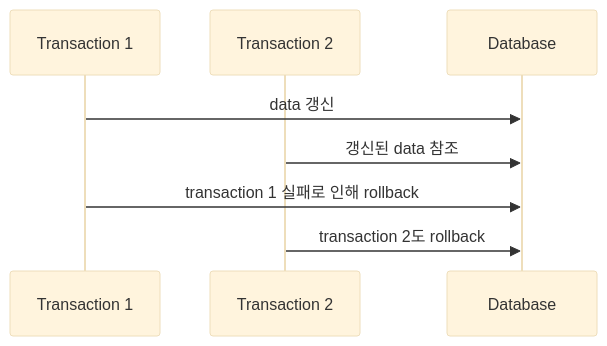
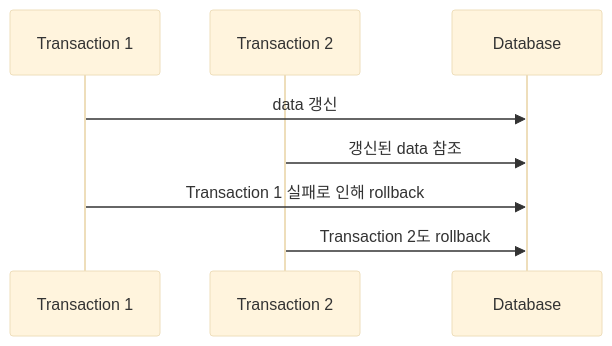
The third of 4 diagrams in collections/_skills/database/transaction/concurrency-control.md (choesimin/choesimin.github.io), drawn with Mermaid (base theme) before and after one commit. The commit also changed other lines of this file, not shown here.

````diff
--- a/collections/_skills/database/transaction/concurrency-control.md
+++ b/collections/_skills/database/transaction/concurrency-control.md
@@ -105,12 +105,12 @@
 ```mermaid
 sequenceDiagram
 
 participant t1 as Transaction 1
 participant t2 as Transaction 2
 participant db as Database
 
 t1 ->> db : data 갱신
 t2 ->> db : 갱신된 data 참조
-t1 ->> db : transaction 1 실패로 인해 rollback
-t2 ->> db : transaction 2도 rollback
+t1 ->> db : Transaction 1 실패로 인해 rollback
+t2 ->> db : Transaction 2도 rollback
 ```
````
